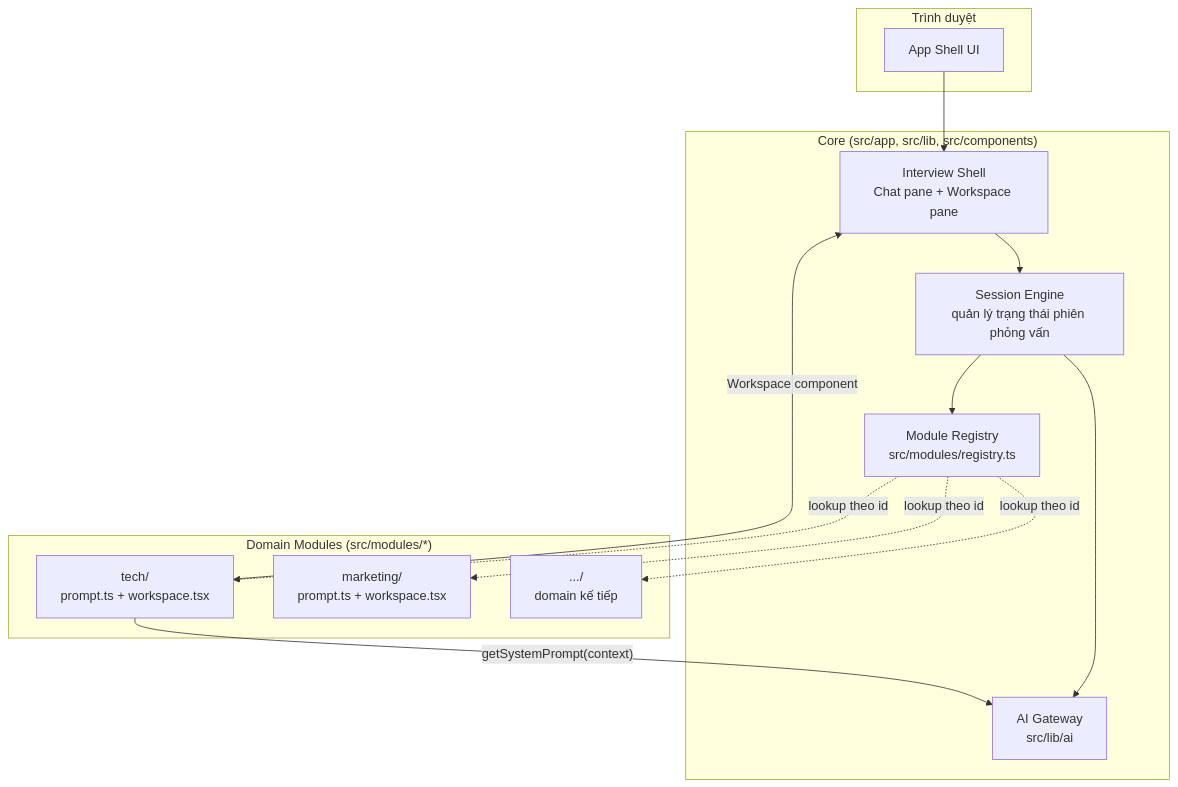
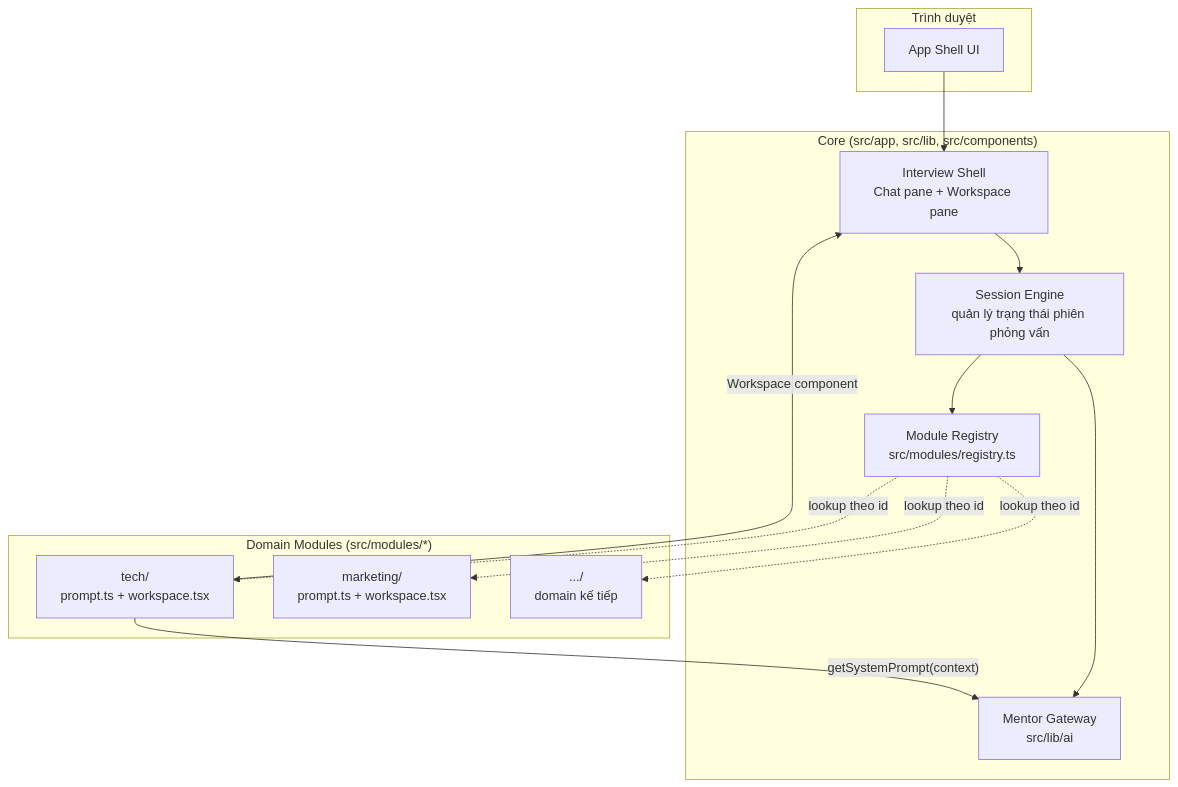
One commit to khiemnguyenyara/vibe-check changed the first of 2 diagrams in docs/hla.md. Above: the diagram before and after it, drawn with Mermaid. The commit also changed other lines of this file and 24 other files, not shown here.

````diff
--- a/docs/hla.md
+++ b/docs/hla.md
@@ -23,29 +23,29 @@
 ```mermaid
 flowchart TB
     subgraph Client["Trình duyệt"]
         UI[App Shell UI]
     end
 
     subgraph Core["Core (src/app, src/lib, src/components)"]
         Shell[Interview Shell<br/>Chat pane + Workspace pane]
         SessionEngine[Session Engine<br/>quản lý trạng thái phiên phỏng vấn]
-        AIGateway[AI Gateway<br/>src/lib/ai]
+        MentorGateway[Mentor Gateway<br/>src/lib/ai]
         Registry[Module Registry<br/>src/modules/registry.ts]
     end
 
     subgraph Modules["Domain Modules (src/modules/*)"]
         Tech[tech/<br/>prompt.ts + workspace.tsx]
         Marketing[marketing/<br/>prompt.ts + workspace.tsx]
         Future[.../<br/>domain kế tiếp]
     end
 
     UI --> Shell
     Shell --> SessionEngine
     SessionEngine --> Registry
     Registry -.lookup theo id.-> Tech
     Registry -.lookup theo id.-> Marketing
     Registry -.lookup theo id.-> Future
-    SessionEngine --> AIGateway
-    Tech -- "getSystemPrompt(context)" --> AIGateway
+    SessionEngine --> MentorGateway
+    Tech -- "getSystemPrompt(context)" --> MentorGateway
     Tech -- "Workspace component" --> Shell
 ```
````
